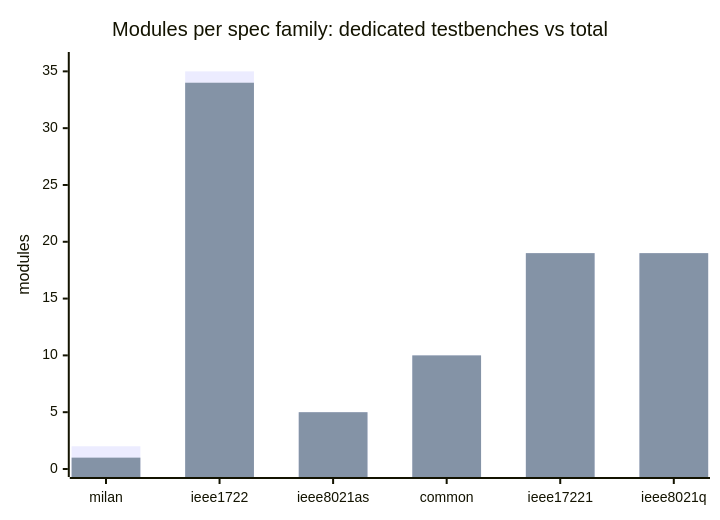
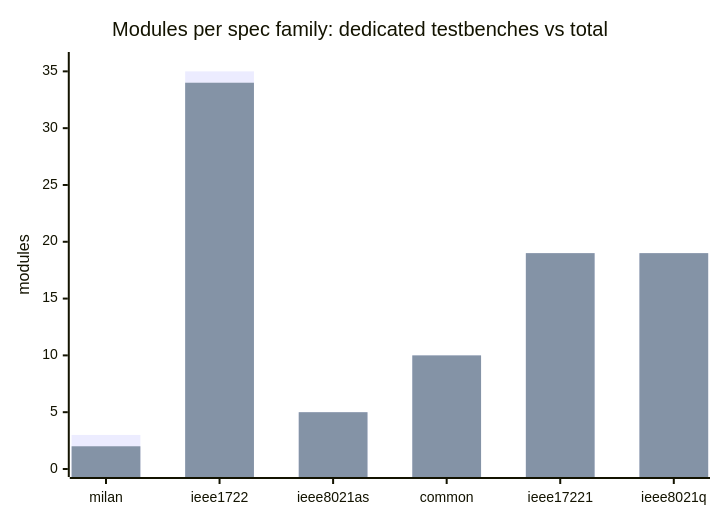
One commit to kebag-logic/milan-fpga changed the diagram in docs/traceability/MODULE_MATRIX.md. Above: the diagram before and after it, drawn with Mermaid. The commit also changed other lines of this file and 15 other files, not shown here.

````diff
--- a/docs/traceability/MODULE_MATRIX.md
+++ b/docs/traceability/MODULE_MATRIX.md
@@ -30,8 +30,8 @@
 ```mermaid
 xychart-beta
     title "Modules per spec family: dedicated testbenches vs total"
     x-axis ["milan", "ieee1722", "ieee8021as", "common", "ieee17221", "ieee8021q"]
     y-axis "modules" 0 --> 36
-    bar [2, 35, 5, 10, 19, 19]
-    bar [1, 34, 5, 10, 19, 19]
+    bar [3, 35, 5, 10, 19, 19]
+    bar [2, 34, 5, 10, 19, 19]
 ```
````
